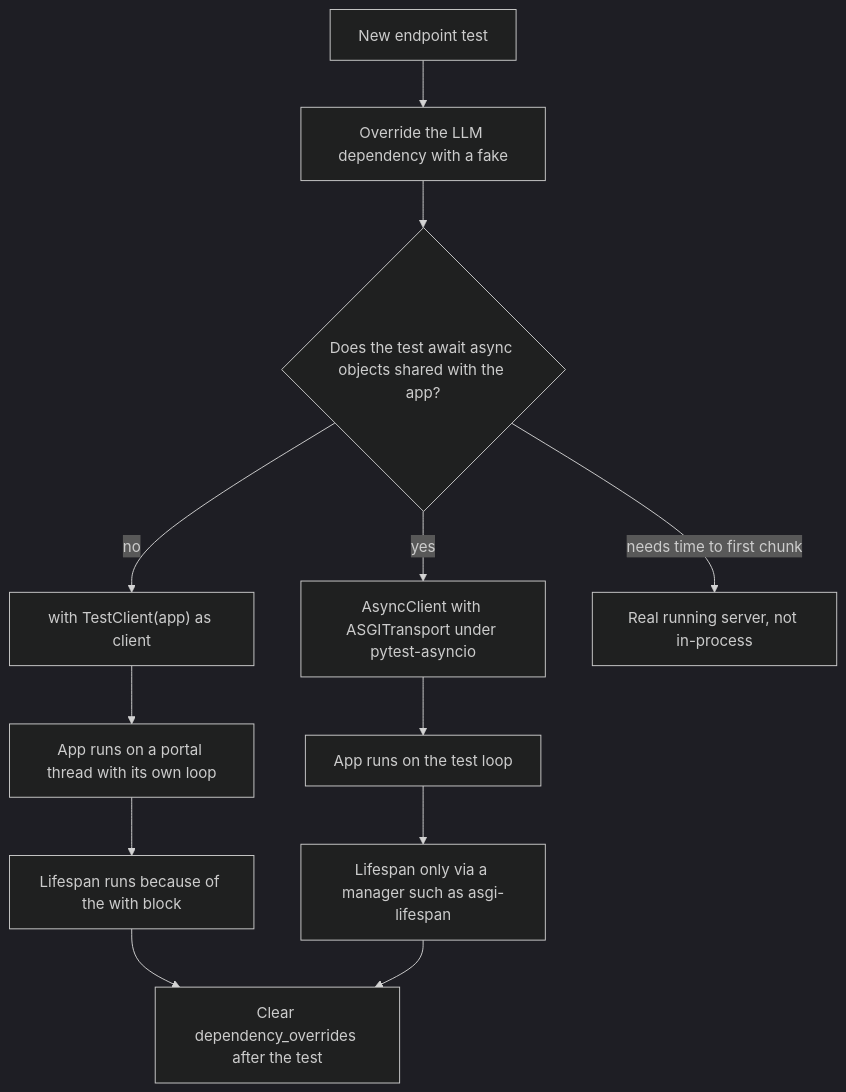
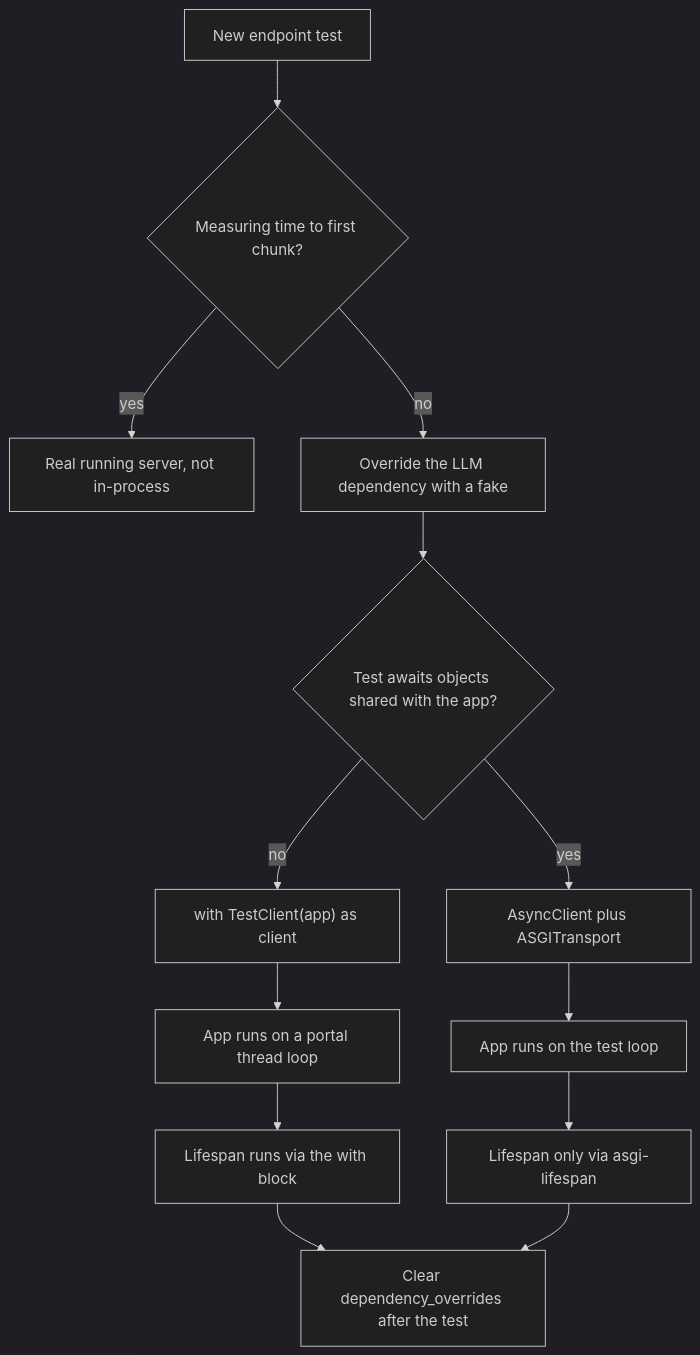
Before and after one commit to lovishmahajan97/agentic-learning: the diagram in content/fastapi-for-ai/testclient-plus-pytest-asyncio.md, drawn with Mermaid (dark theme). The commit also changed other lines of this file and 81 other files, not shown here.

````diff
--- a/content/fastapi-for-ai/testclient-plus-pytest-asyncio.md
+++ b/content/fastapi-for-ai/testclient-plus-pytest-asyncio.md
@@ -101,14 +102,15 @@
 ```mermaid
 flowchart TD
-    T["New endpoint test"] --> F["Override the LLM dependency with a fake"]
-    F --> Q{"Does the test await async objects shared with the app?"}
+    T["New endpoint test"] --> L{"Measuring time to first chunk?"}
+    L -->|"yes"| SRV["Real running server, not in-process"]
+    L -->|"no"| F["Override the LLM dependency with a fake"]
+    F --> Q{"Test awaits objects shared with the app?"}
     Q -->|"no"| TC["with TestClient(app) as client"]
-    TC --> PT["App runs on a portal thread with its own loop"]
-    PT --> LS1["Lifespan runs because of the with block"]
-    Q -->|"yes"| AC["AsyncClient with ASGITransport under pytest-asyncio"]
+    TC --> PT["App runs on a portal thread loop"]
+    PT --> LS1["Lifespan runs via the with block"]
+    Q -->|"yes"| AC["AsyncClient plus ASGITransport"]
     AC --> ONE["App runs on the test loop"]
-    ONE --> LS2["Lifespan only via a manager such as asgi-lifespan"]
+    ONE --> LS2["Lifespan only via asgi-lifespan"]
     LS1 --> CLR["Clear dependency_overrides after the test"]
     LS2 --> CLR
-    Q -->|"needs time to first chunk"| SRV["Real running server, not in-process"]
 ```
````
